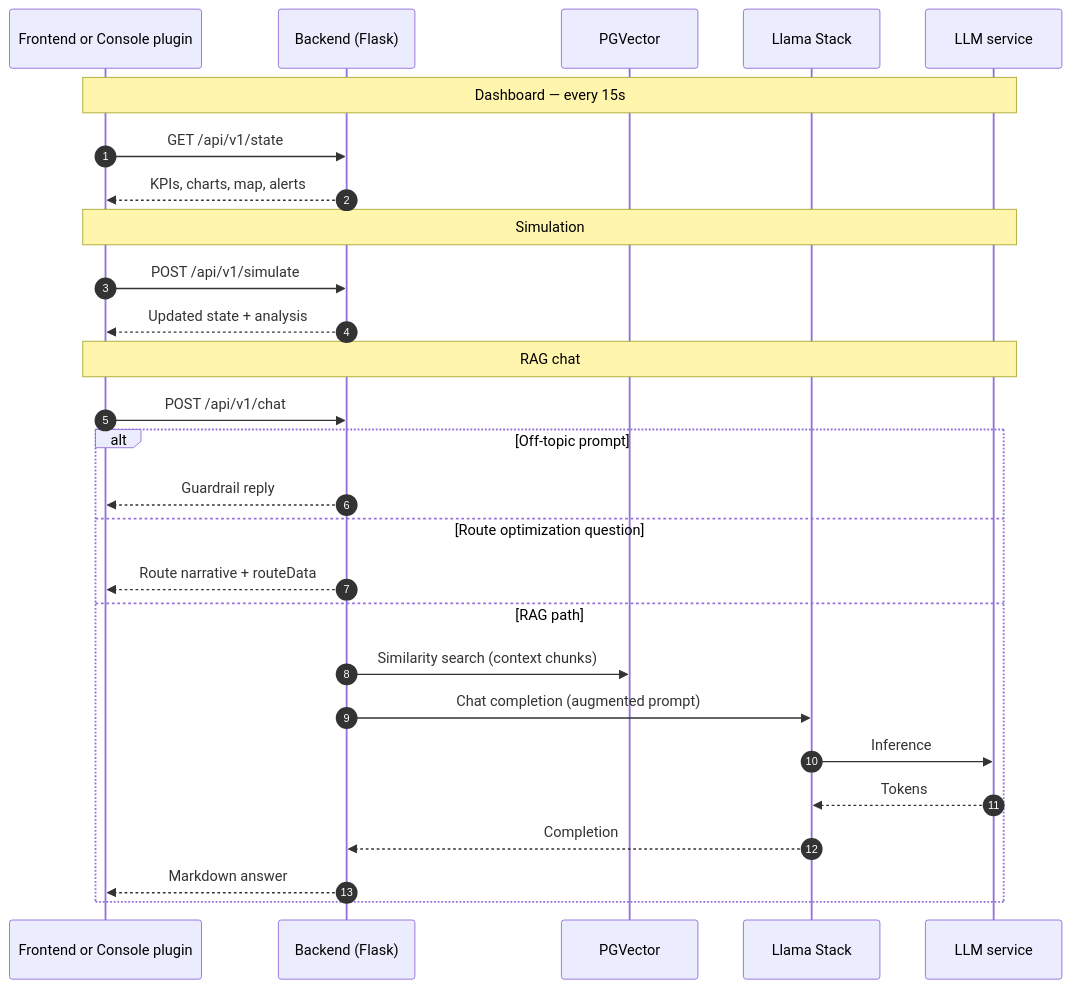
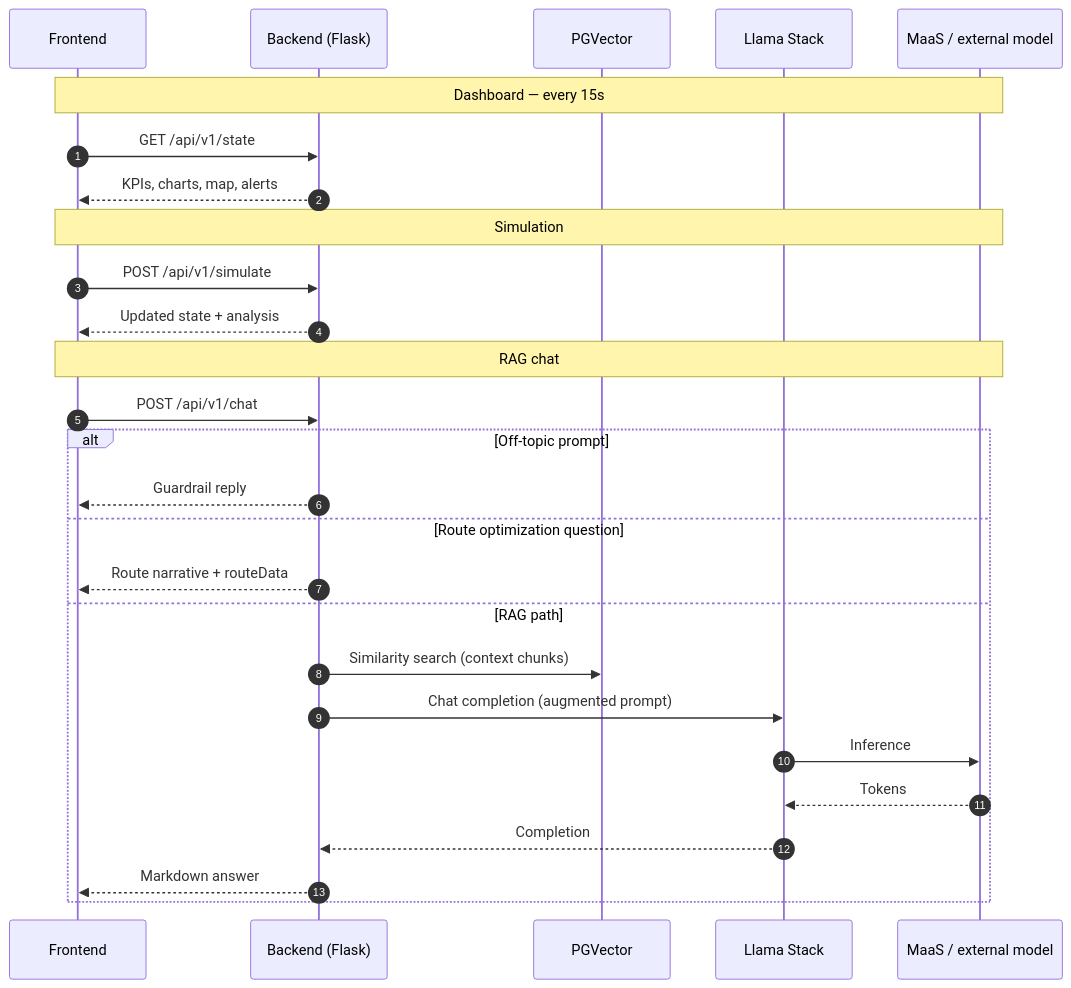
Before and after one commit to mhdawson/ai-supply-chain-agent: the second of 2 diagrams in README.md, drawn with Mermaid. The commit also changed other lines of this file and 328 other files, not shown here.

````diff
--- a/README.md
+++ b/README.md
@@ -96,32 +89,32 @@
 ```mermaid
 sequenceDiagram
   autonumber
-  participant UI as Frontend or Console plugin
+  participant UI as Frontend
   participant BE as Backend (Flask)
   participant PG as PGVector
   participant LS as Llama Stack
-  participant LLM as LLM service
+  participant LLM as MaaS / external model
 
   Note over UI,LLM: Dashboard — every 15s
   UI->>BE: GET /api/v1/state
   BE-->>UI: KPIs, charts, map, alerts
 
   Note over UI,LLM: Simulation
   UI->>BE: POST /api/v1/simulate
   BE-->>UI: Updated state + analysis
 
   Note over UI,LLM: RAG chat
   UI->>BE: POST /api/v1/chat
   alt Off-topic prompt
     BE-->>UI: Guardrail reply
   else Route optimization question
     BE-->>UI: Route narrative + routeData
   else RAG path
     BE->>PG: Similarity search (context chunks)
     BE->>LS: Chat completion (augmented prompt)
     LS->>LLM: Inference
     LLM-->>LS: Tokens
     LS-->>BE: Completion
     BE-->>UI: Markdown answer
   end
 ```
````
